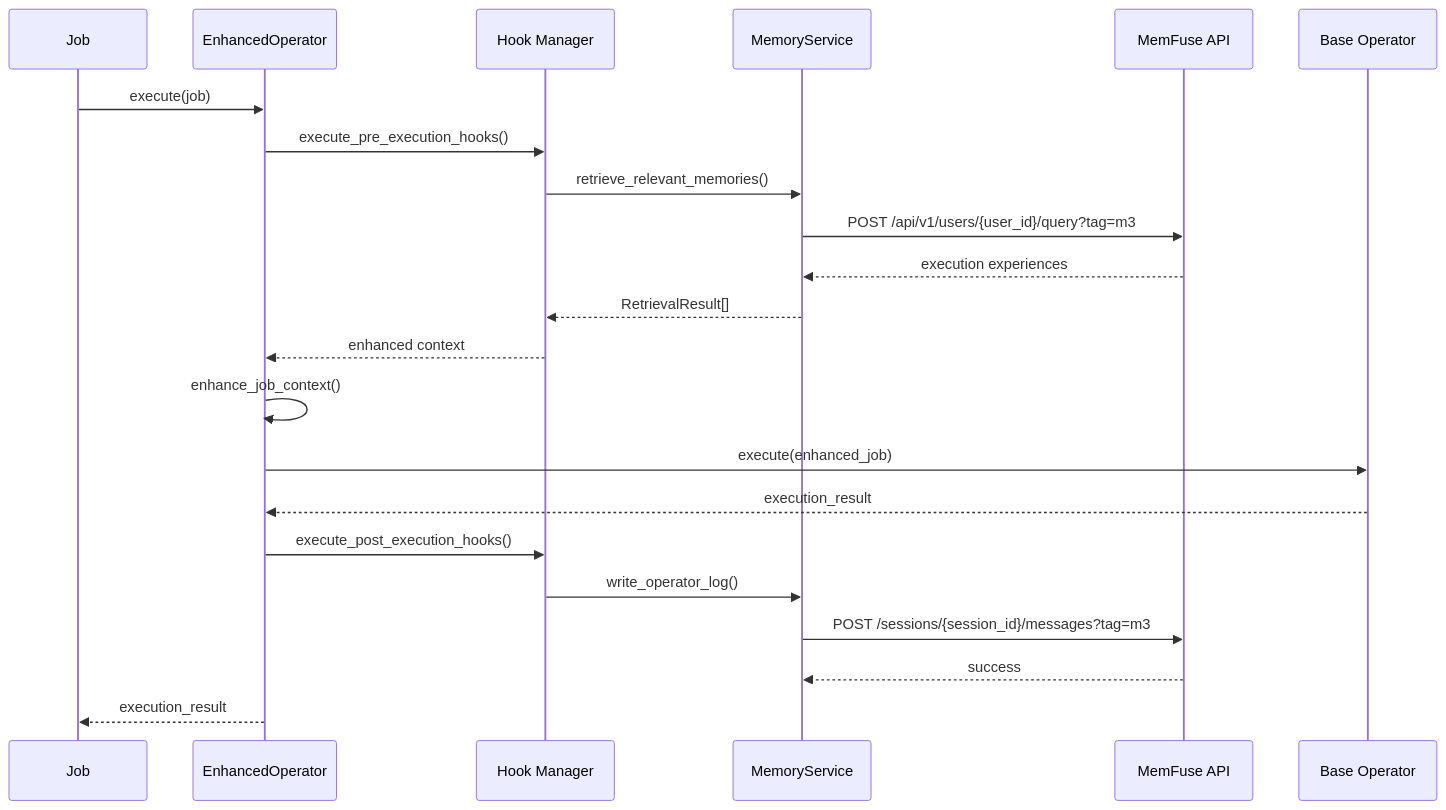
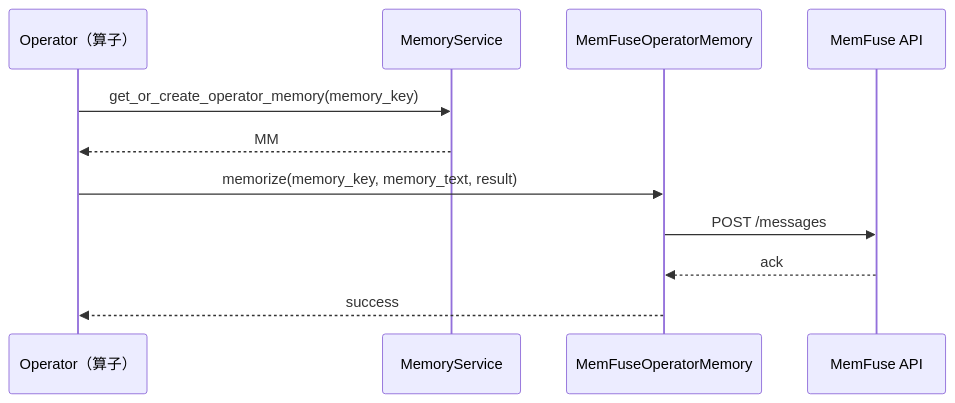
Before and after one commit to TuGraph-family/chat2graph: the fourth of 4 diagrams in doc/zh-cn/principle/memory.md, drawn with Mermaid. The commit also changed other lines of this file and 70 other files, not shown here.

````diff
--- a/doc/zh-cn/principle/memory.md
+++ b/doc/zh-cn/principle/memory.md
@@ -155,25 +133,14 @@
 ```mermaid
 sequenceDiagram
-    participant J as Job
-    participant EO as EnhancedOperator
-    participant H as Hook Manager
+    participant OP as Operator（算子）
     participant MS as MemoryService
+    participant MM as MemFuseOperatorMemory
     participant MF as MemFuse API
-    participant BO as Base Operator
 
-    J->>EO: execute(job)
-    EO->>H: execute_pre_execution_hooks()
-    H->>MS: retrieve_relevant_memories()
-    MS->>MF: POST /api/v1/users/{user_id}/query?tag=m3
-    MF-->>MS: execution experiences
-    MS-->>H: RetrievalResult[]
-    H-->>EO: enhanced context
-    EO->>EO: enhance_job_context()
-    EO->>BO: execute(enhanced_job)
-    BO-->>EO: execution_result
-    EO->>H: execute_post_execution_hooks()
-    H->>MS: write_operator_log()
-    MS->>MF: POST /sessions/{session_id}/messages?tag=m3
-    MF-->>MS: success
-    EO-->>J: execution_result
+    OP->>MS: get_or_create_operator_memory(memory_key)
+    MS-->>OP: MM
+    OP->>MM: memorize(memory_key, memory_text, result)
+    MM->>MF: POST /messages
+    MF-->>MM: ack
+    MM-->>OP: success
 ```
````
